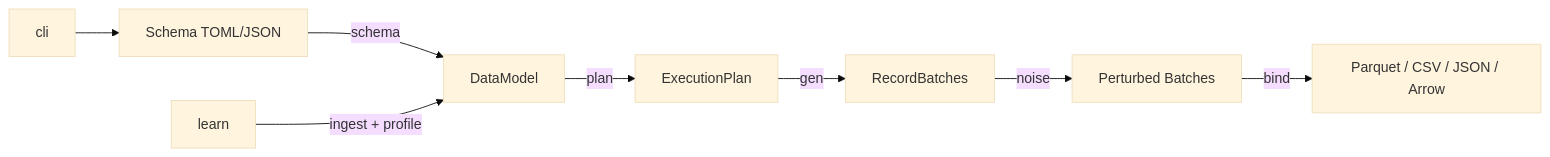
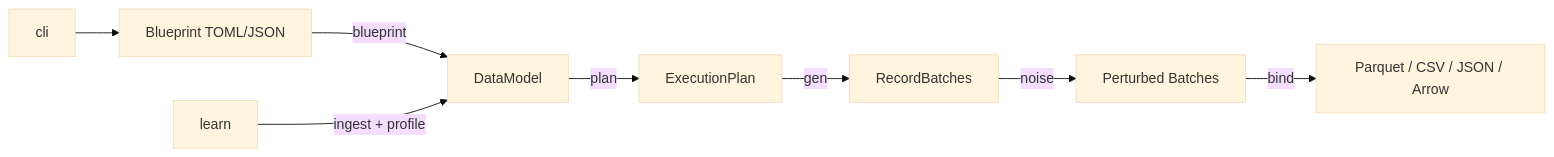
One commit to Yaming-Hub/knit changed the diagram in README.md. Above: the diagram before and after it, drawn with Mermaid (base theme). The commit also changed other lines of this file and 99 other files, not shown here.

First line of the commit message:
refactor: rename 'schema' to 'blueprint' throughout codebase (#235)

````diff
--- a/README.md
+++ b/README.md
@@ -78,10 +78,10 @@
 ```mermaid
 graph LR
-    A[Schema TOML/JSON] -->|schema| B[DataModel]
+    A[Blueprint TOML/JSON] -->|blueprint| B[DataModel]
     B -->|plan| C[ExecutionPlan]
     C -->|gen| D[RecordBatches]
     D -->|noise| E[Perturbed Batches]
     E -->|bind| F[Parquet / CSV / JSON / Arrow]
     G[learn] -->|ingest + profile| B
     H[cli] --> A
 ```
````
